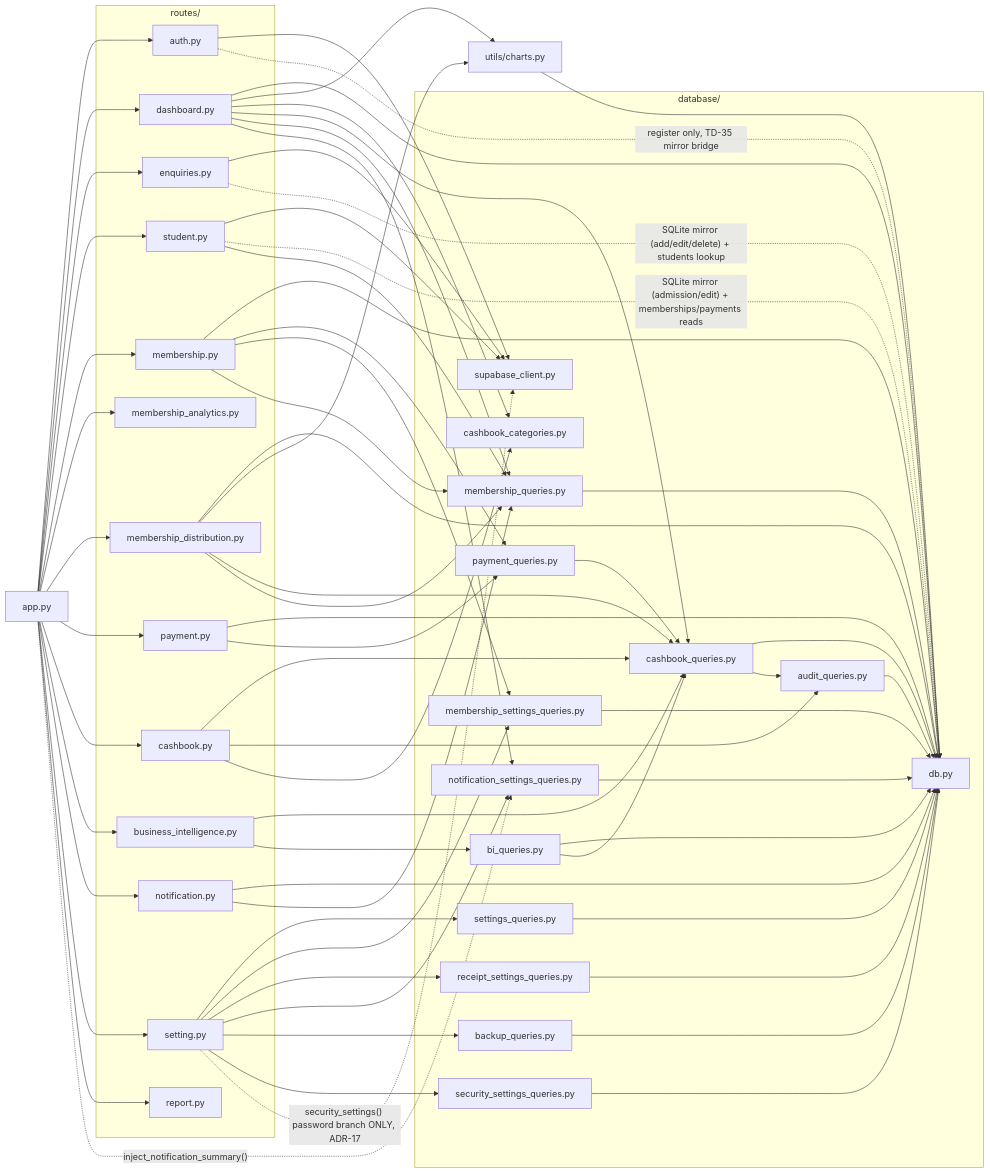
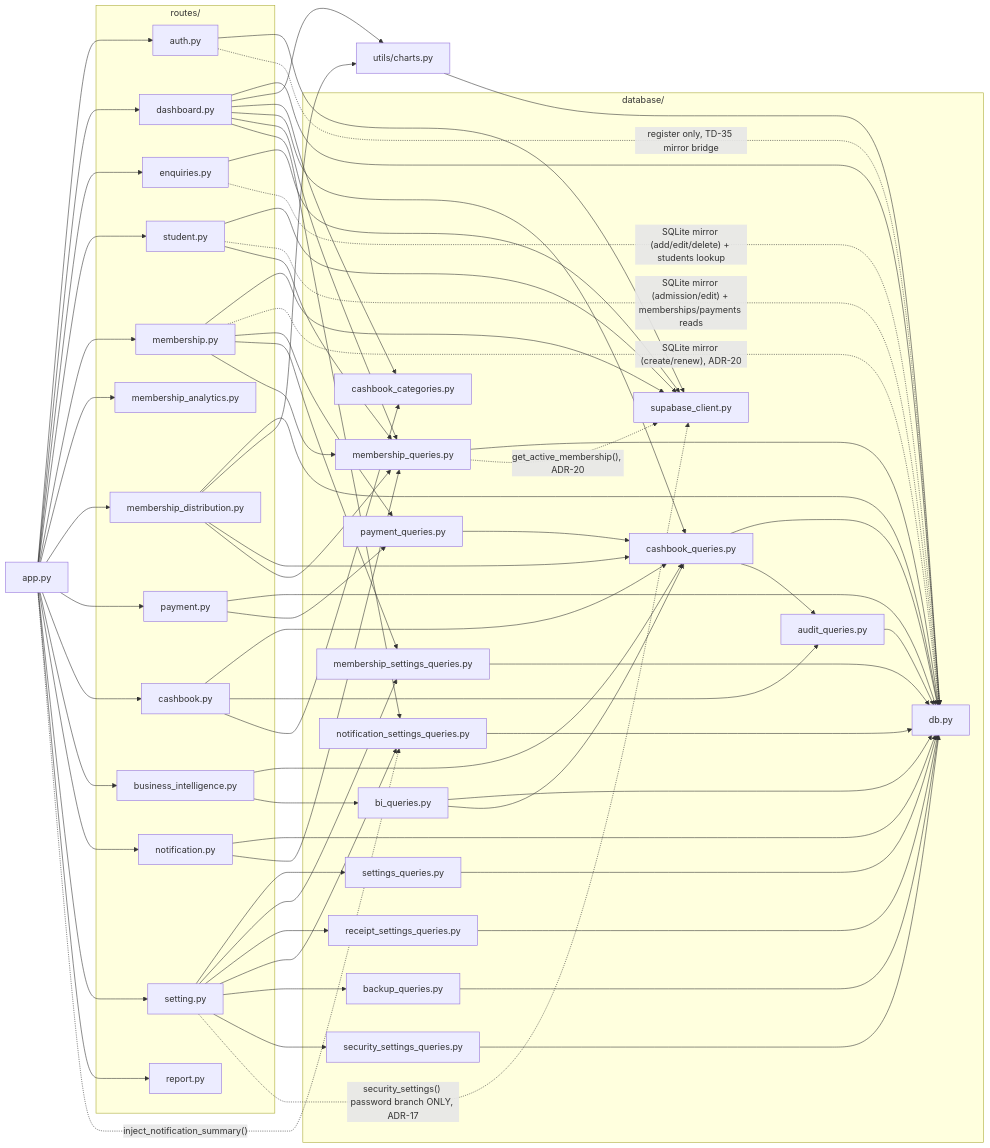
Before and after one commit to saloni-keshore/smart-library-management-system: the fifth of 5 diagrams in docs/DIAGRAMS.md, drawn with Mermaid. The commit also changed other lines of this file and 18 other files, not shown here.

Commit message:
migrate Membership module to Supabase

```diff
--- a/docs/DIAGRAMS.md
+++ b/docs/DIAGRAMS.md
@@ -341,7 +342,8 @@
     student_py --> supabase_client_py
     student_py -.->|"SQLite mirror (admission/edit) + memberships/payments reads"| db_py
     student_py --> membership_queries_py
-    membership_py --> db_py
+    membership_py --> supabase_client_py
+    membership_py -.->|"SQLite mirror (create/renew), ADR-20"| db_py
     membership_py --> payment_queries_py
     membership_py --> membership_settings_queries_py
     membership_py --> membership_queries_py
@@ -376,6 +378,7 @@
     audit_queries_py --> db_py
     membership_settings_queries_py --> db_py
     membership_queries_py --> db_py
+    membership_queries_py -.->|"get_active_membership(), ADR-20"| supabase_client_py
     settings_queries_py --> db_py
     receipt_settings_queries_py --> db_py
     notification_settings_queries_py --> db_py
```
